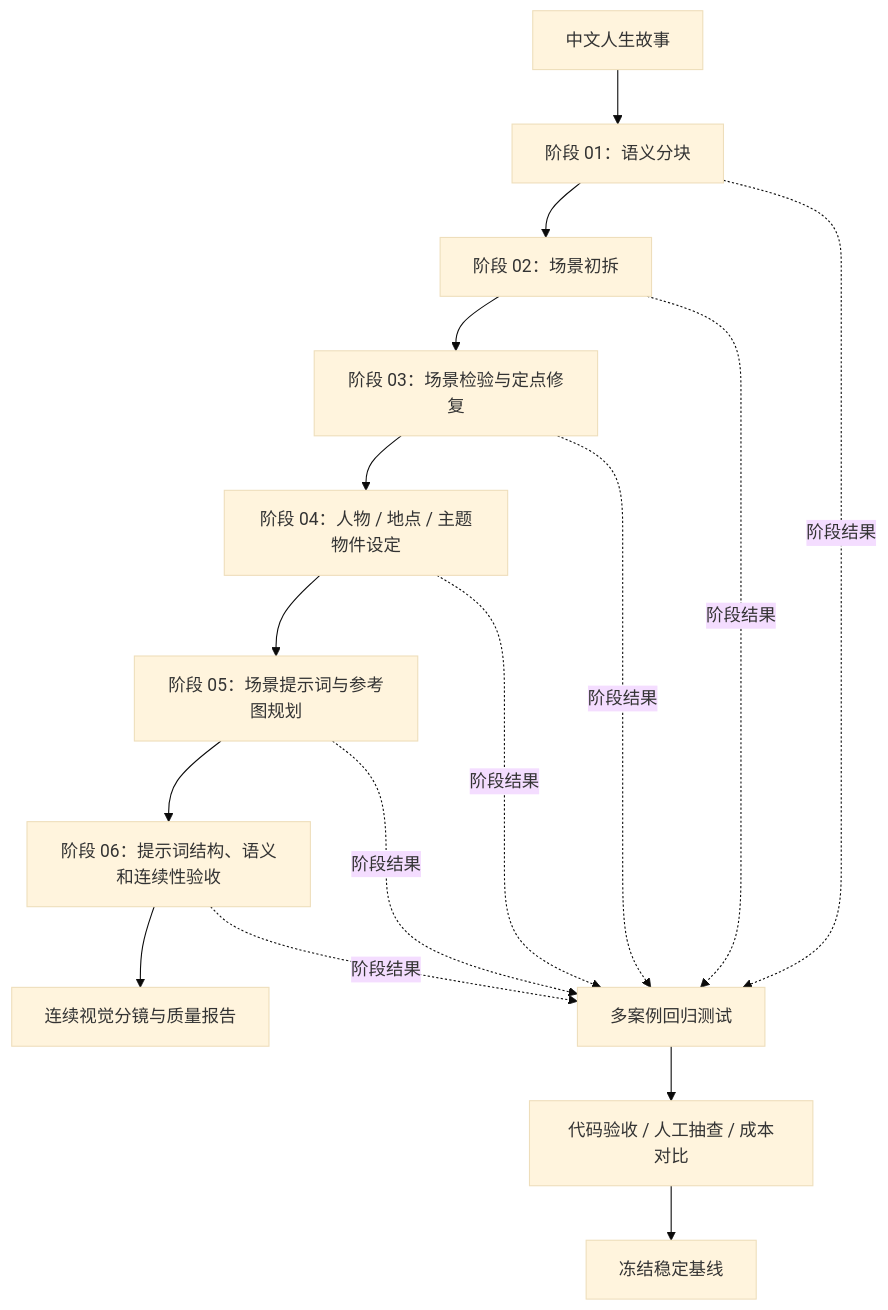
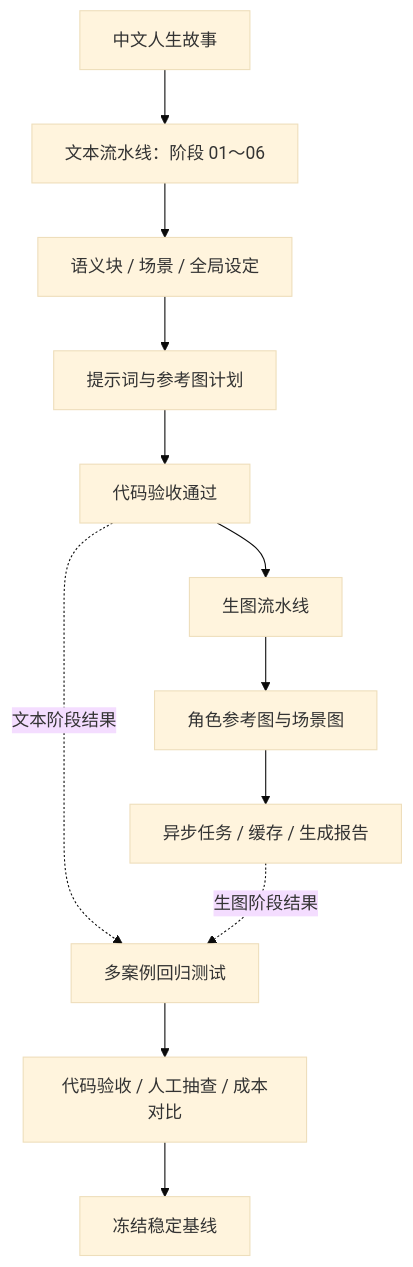
One commit to mayikanga/ai-narrative-pipeline-portfolio changed the diagram in README.md. Above: the diagram before and after it, drawn with Mermaid (base theme). The commit also changed other lines of this file, not shown here.

Commit message:
明确文本到生图的端到端链路

````diff
--- a/README.md
+++ b/README.md
@@ -54,19 +66,15 @@
 ```mermaid
 flowchart TB
-    A["中文人生故事"] --> B["阶段 01：语义分块"]
-    B --> C["阶段 02：场景初拆"]
-    C --> D["阶段 03：场景检验与定点修复"]
-    D --> E["阶段 04：人物 / 地点 / 主题物件设定"]
-    E --> F["阶段 05：场景提示词与参考图规划"]
-    F --> G["阶段 06：提示词结构、语义和连续性验收"]
-    G --> H["连续视觉分镜与质量报告"]
+    A["中文人生故事"] --> B["文本流水线：阶段 01～06"]
+    B --> C["语义块 / 场景 / 全局设定"]
+    C --> D["提示词与参考图计划"]
+    D --> E["代码验收通过"]
+    E --> F["生图流水线"]
+    F --> G["角色参考图与场景图"]
+    G --> H["异步任务 / 缓存 / 生成报告"]
 
-    B -.阶段结果.-> R["多案例回归测试"]
-    C -.阶段结果.-> R
-    D -.阶段结果.-> R
-    E -.阶段结果.-> R
-    F -.阶段结果.-> R
-    G -.阶段结果.-> R
+    E -.文本阶段结果.-> R["多案例回归测试"]
+    H -.生图阶段结果.-> R
     R --> S["代码验收 / 人工抽查 / 成本对比"]
     S --> T["冻结稳定基线"]
 ```
````
